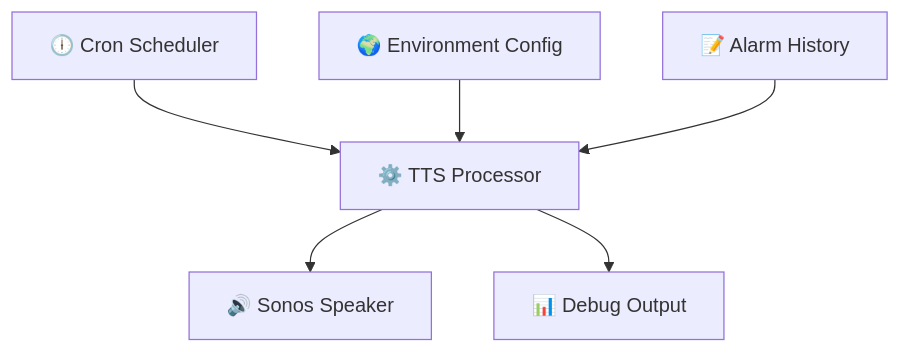
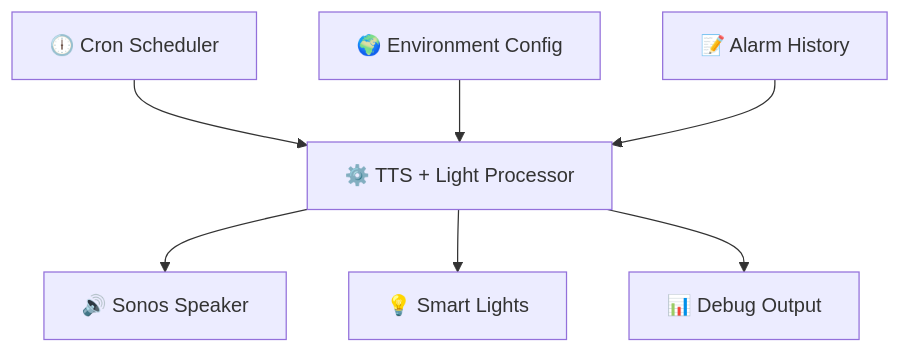
Before and after one commit to H2OKing89/node-red_home_automation: the diagram in alarm_clock_flow/README.md, drawn with Mermaid. The commit also changed other lines of this file and 2 other files, not shown here.

First line of the commit message:
Adds synchronized light control to alarm clock system

````diff
--- a/alarm_clock_flow/README.md
+++ b/alarm_clock_flow/README.md
@@ -36,8 +38,9 @@
 ```mermaid
 flowchart TD
-    A[🕕 Cron Scheduler] --> B[⚙️ TTS Processor]
+    A[🕕 Cron Scheduler] --> B[⚙️ TTS + Light Processor]
     B --> C[🔊 Sonos Speaker]
-    B --> D[📊 Debug Output]
-    E[🌍 Environment Config] --> B
-    F[📝 Alarm History] --> B
+    B --> D[💡 Smart Lights]
+    B --> E[📊 Debug Output]
+    F[🌍 Environment Config] --> B
+    G[📝 Alarm History] --> B
 ```
````
